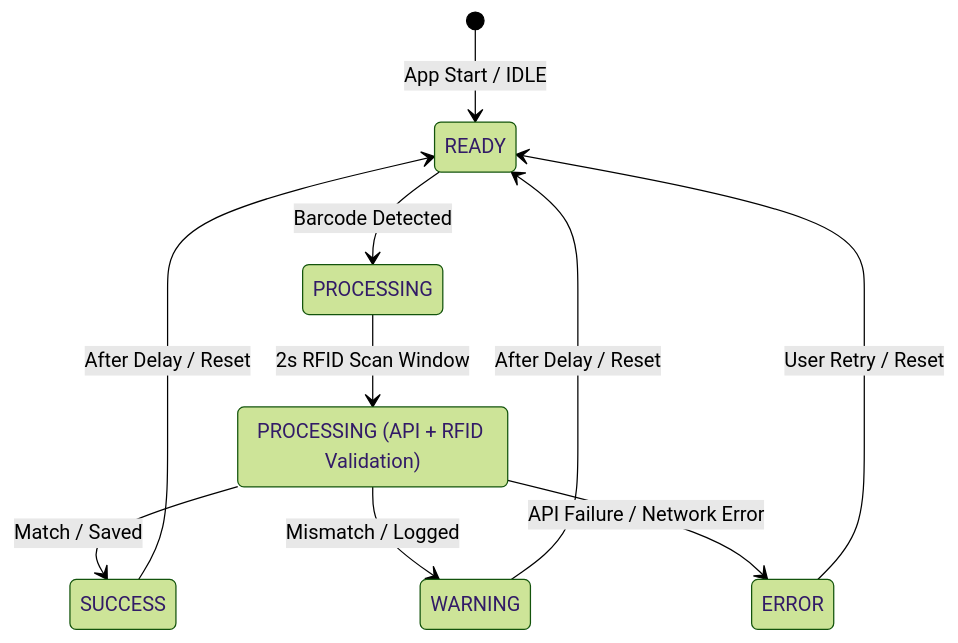
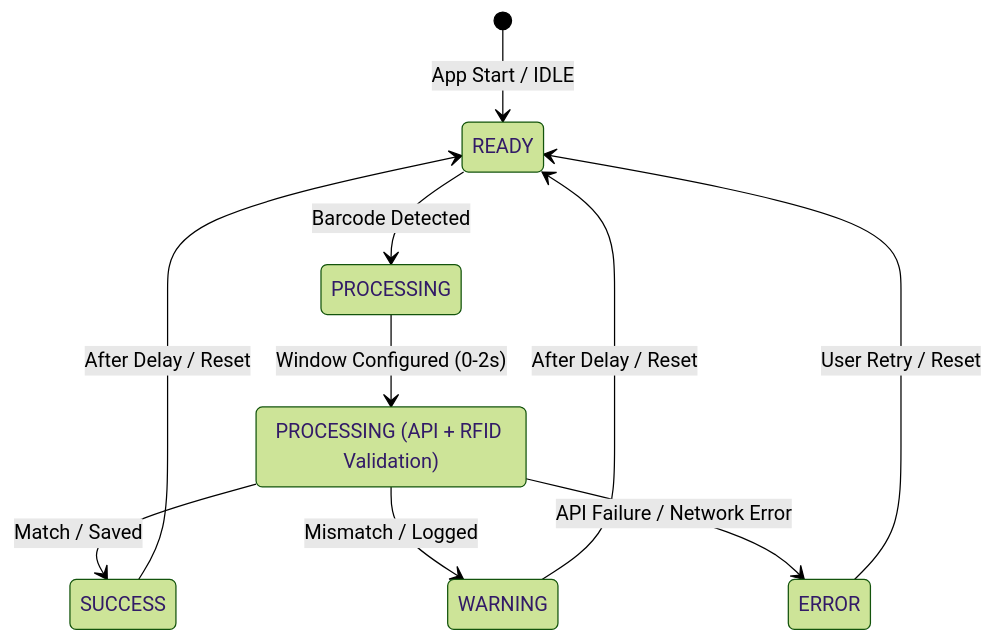
Before and after one commit to KyDuyenDo/USBCAM_Android_app: the second of 2 diagrams in ARCHITECTURE_DIAGRAMS.md, drawn with Mermaid (forest theme). The commit also changed other lines of this file and 8 other files, not shown here.

````diff
--- a/ARCHITECTURE_DIAGRAMS.md
+++ b/ARCHITECTURE_DIAGRAMS.md
@@ -357,16 +368,16 @@
 ```mermaid
 stateDiagram-v2
     [*] --> READY : App Start / IDLE
     READY --> PROCESSING : Barcode Detected
     
     state "PROCESSING (API + RFID Validation)" as PROC
-    PROCESSING --> PROC : 2s RFID Scan Window
+    PROCESSING --> PROC : Window Configured (0-2s)
     
     PROC --> SUCCESS : Match / Saved
     PROC --> WARNING : Mismatch / Logged
     PROC --> ERROR : API Failure / Network Error
     
     SUCCESS --> READY : After Delay / Reset
     WARNING --> READY : After Delay / Reset
     ERROR --> READY : User Retry / Reset
 ```
````
